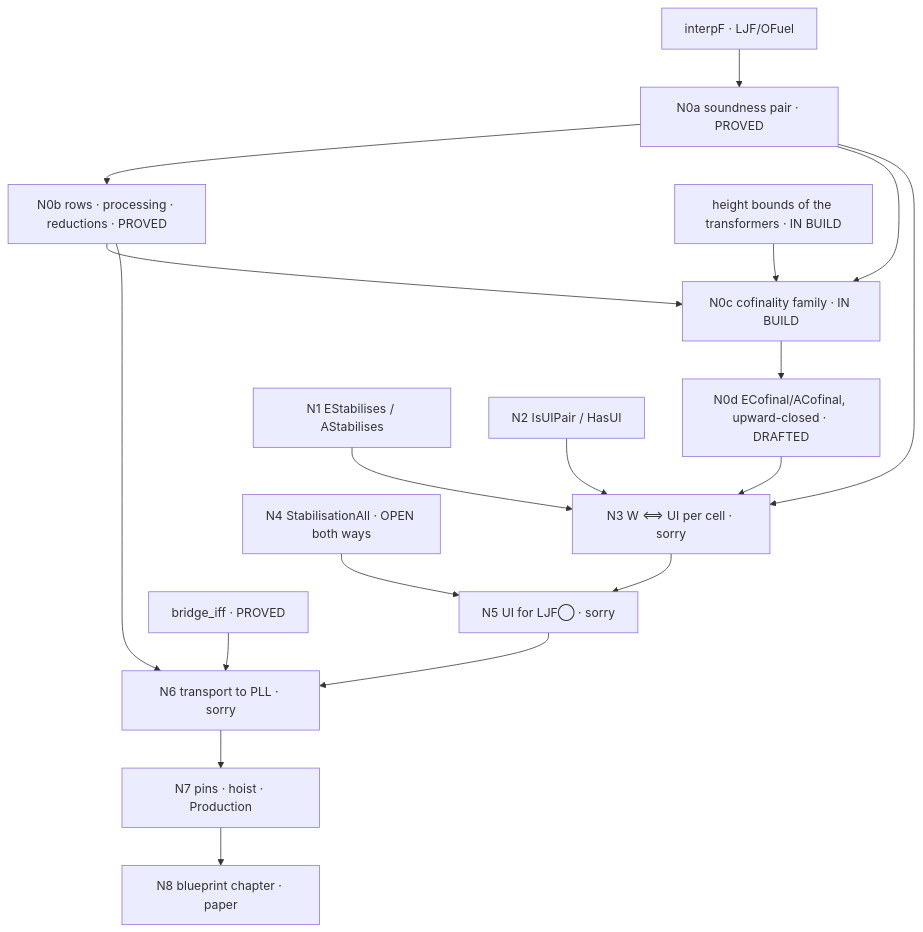
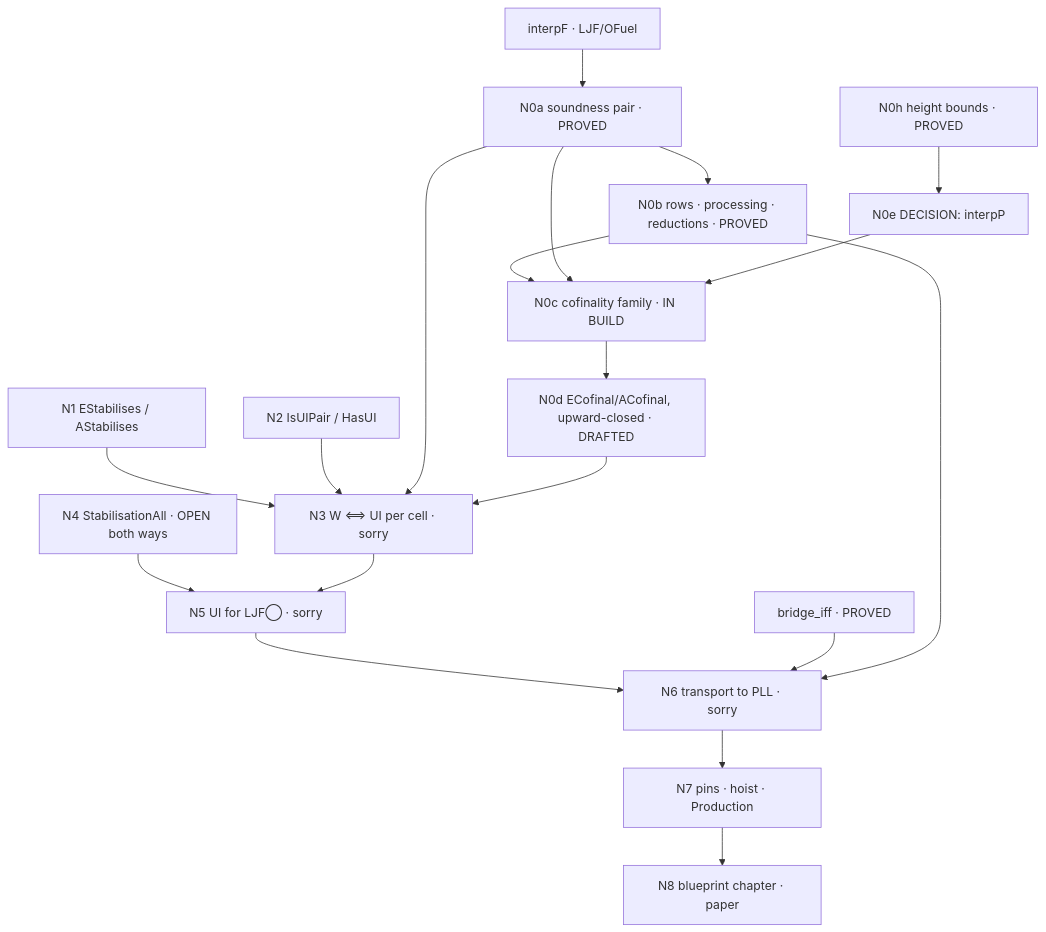
One commit to fairflow/lax-logic-in-lean changed the diagram in docs/ui-routeB-blueprint.md. Above: the diagram before and after it, drawn with Mermaid. The commit also changed other lines of this file and 1 other file, not shown here.

Commit message:
docs(ui): §4.13 — height-first founding STOPPED; the height table PROVED (LJF/OFuelHeight.lean); the exact obstruction is the three reshaping processing clauses; blueprint N0h/N0c/N0e

````diff
--- a/docs/ui-routeB-blueprint.md
+++ b/docs/ui-routeB-blueprint.md
@@ -77,20 +79,21 @@
 ```mermaid
 graph TD
   interpF[interpF · LJF/OFuel] --> N0a[N0a soundness pair · PROVED]
   N0a --> N0b[N0b rows · processing · reductions · PROVED]
   N0b --> N0c[N0c cofinality family · IN BUILD]
   N0a --> N0c
-  H[height bounds of the transformers · IN BUILD] --> N0c
+  H[N0h height bounds · PROVED] --> N0e[N0e DECISION: interpP]
+  N0e --> N0c
   N0c --> N0d[N0d ECofinal/ACofinal, upward-closed · DRAFTED]
   N1[N1 EStabilises / AStabilises] --> N3
   N2[N2 IsUIPair / HasUI] --> N3
   N0a --> N3[N3 W ⟺ UI per cell · sorry]
   N0d --> N3
   N4[N4 StabilisationAll · OPEN both ways] --> N5[N5 UI for LJF◯ · sorry]
   N3 --> N5
   N5 --> N6[N6 transport to PLL · sorry]
   B[bridge_iff · PROVED] --> N6
   N0b --> N6
   N6 --> N7[N7 pins · hoist · Production]
   N7 --> N8[N8 blueprint chapter · paper]
 ```
````
